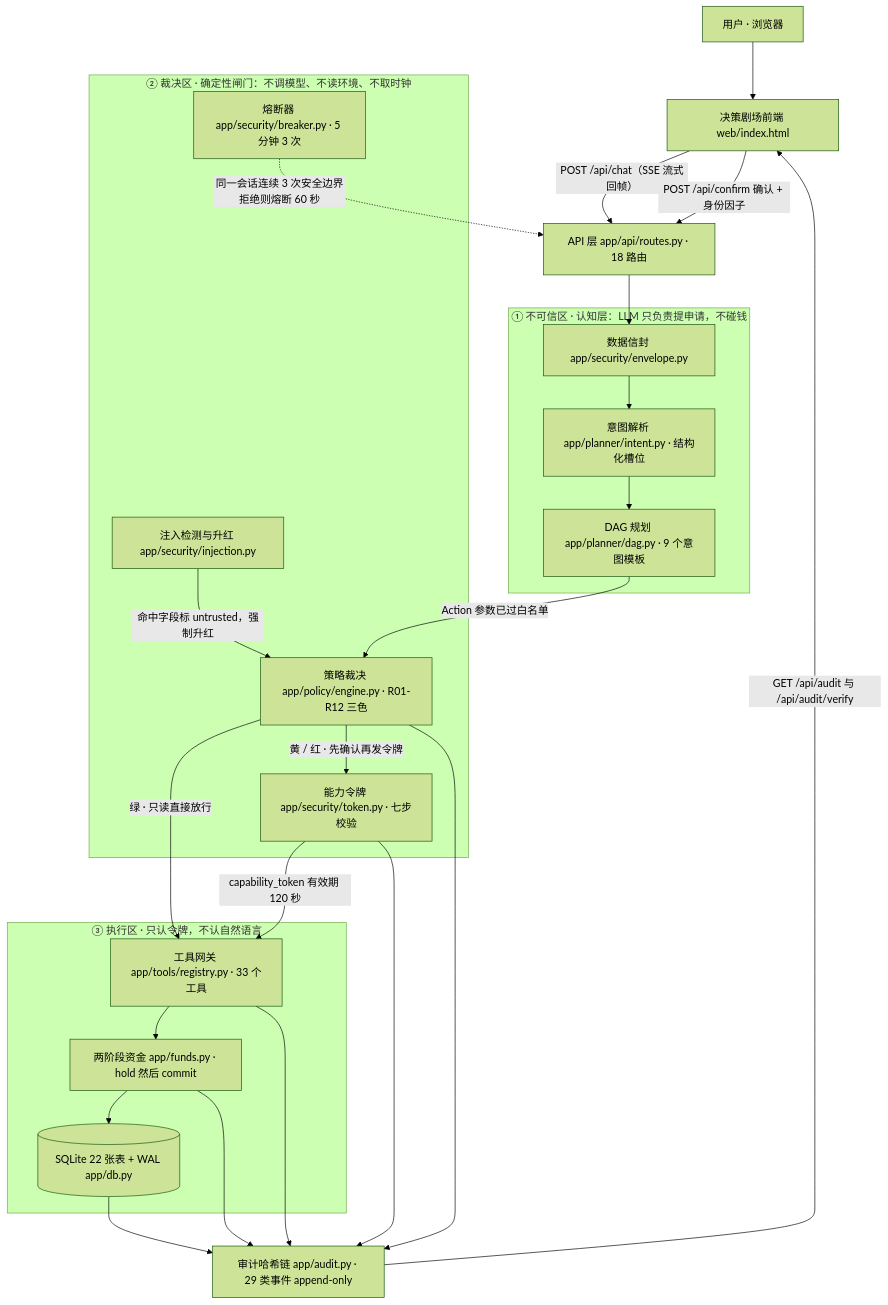
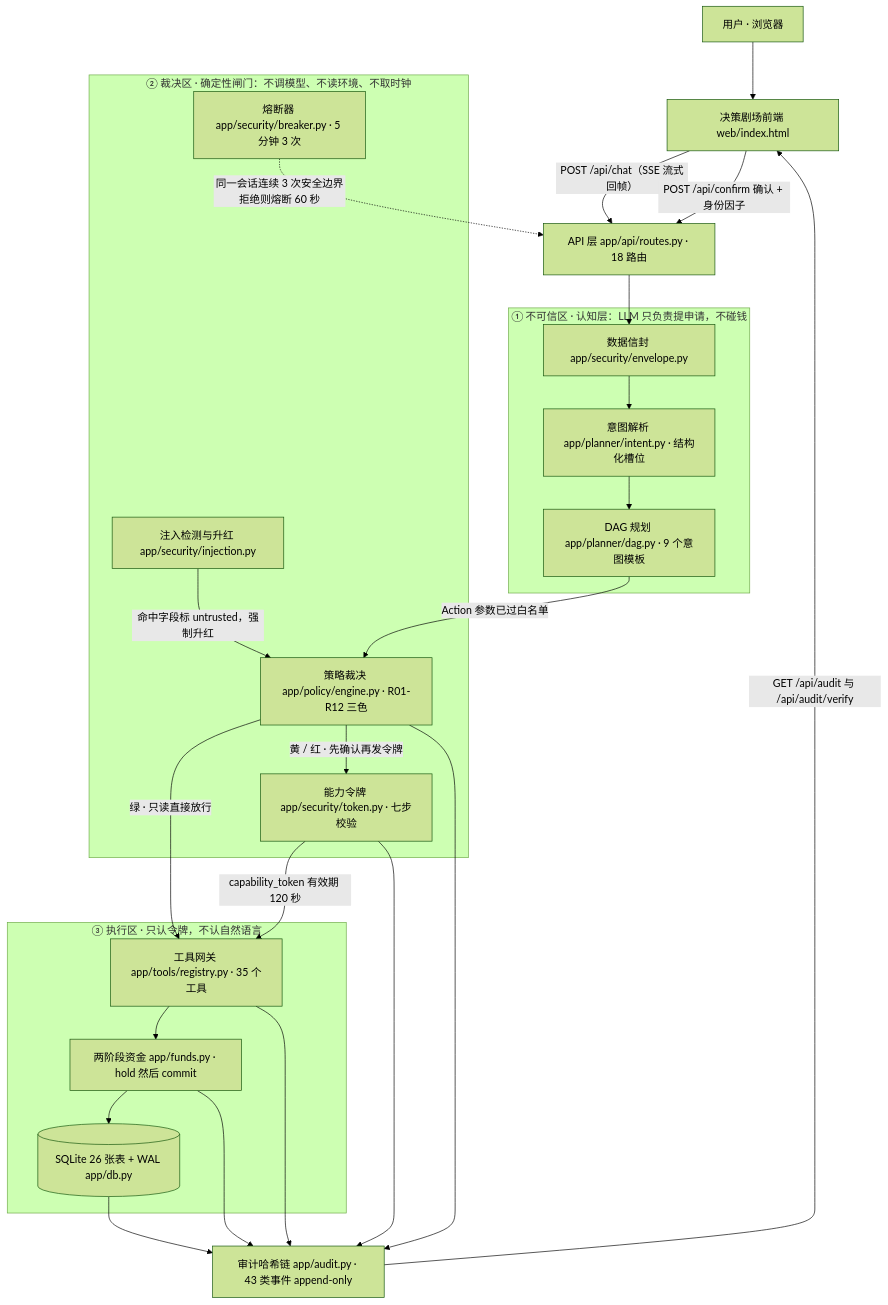
Before and after one commit to peng6yu/banking-agent: the first of 2 diagrams in docs/技术文档.md, drawn with Mermaid (forest theme). The commit also changed other lines of this file and 110 other files, not shown here.

````diff
--- a/docs/技术文档.md
+++ b/docs/技术文档.md
@@ -56,42 +56,42 @@
 ```mermaid
 flowchart TD
     U["用户 · 浏览器"] --> FE["决策剧场前端 web/index.html"]
     FE -->|"POST /api/chat（SSE 流式回帧）"| API["API 层 app/api/routes.py · 18 路由"]
     FE -->|"POST /api/confirm 确认 + 身份因子"| API
 
     subgraph L1["① 不可信区 · 认知层：LLM 只负责提申请，不碰钱"]
         ENV["数据信封 app/security/envelope.py"]
         INT["意图解析 app/planner/intent.py · 结构化槽位"]
         DAG["DAG 规划 app/planner/dag.py · 9 个意图模板"]
     end
 
     subgraph L2["② 裁决区 · 确定性闸门：不调模型、不读环境、不取时钟"]
         INJ["注入检测与升红 app/security/injection.py"]
         PE["策略裁决 app/policy/engine.py · R01-R12 三色"]
         TK["能力令牌 app/security/token.py · 七步校验"]
         BRK["熔断器 app/security/breaker.py · 5 分钟 3 次"]
     end
 
     subgraph L3["③ 执行区 · 只认令牌，不认自然语言"]
-        REG["工具网关 app/tools/registry.py · 33 个工具"]
+        REG["工具网关 app/tools/registry.py · 35 个工具"]
         FND["两阶段资金 app/funds.py · hold 然后 commit"]
-        DB[("SQLite 22 张表 + WAL app/db.py")]
+        DB[("SQLite 26 张表 + WAL app/db.py")]
     end
 
-    AUD["审计哈希链 app/audit.py · 29 类事件 append-only"]
+    AUD["审计哈希链 app/audit.py · 43 类事件 append-only"]
 
     API --> ENV --> INT --> DAG
     DAG -->|"Action 参数已过白名单"| PE
     INJ -->|"命中字段标 untrusted，强制升红"| PE
     PE -->|"绿 · 只读直接放行"| REG
     PE -->|"黄 / 红 · 先确认再发令牌"| TK
     TK -->|"capability_token 有效期 120 秒"| REG
     BRK -.->|"同一会话连续 3 次安全边界拒绝则熔断 60 秒"| API
     REG --> FND --> DB
     REG --> AUD
     FND --> AUD
     PE --> AUD
     TK --> AUD
     DB --> AUD
     AUD -->|"GET /api/audit 与 /api/audit/verify"| FE
 ```
````
